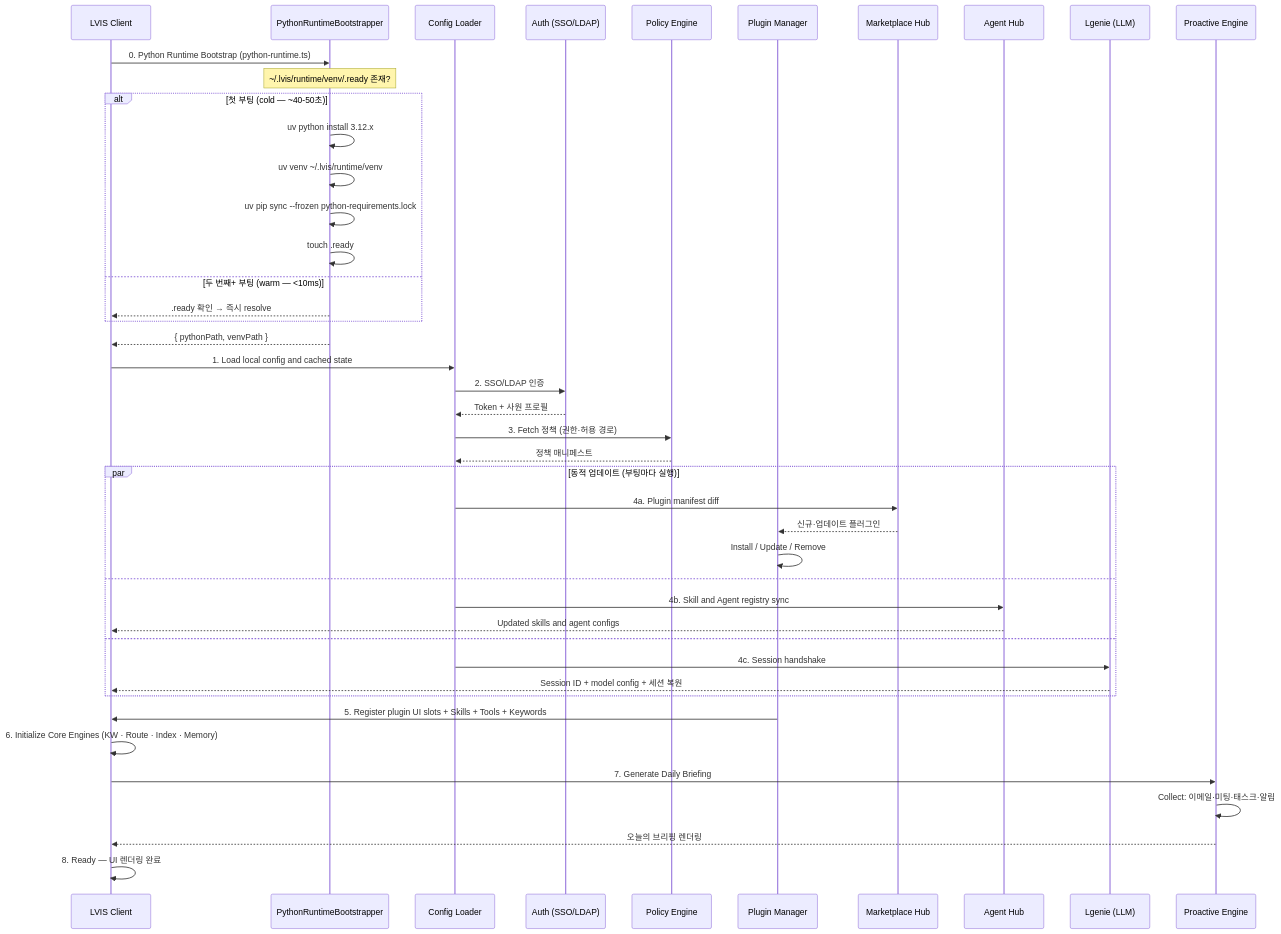
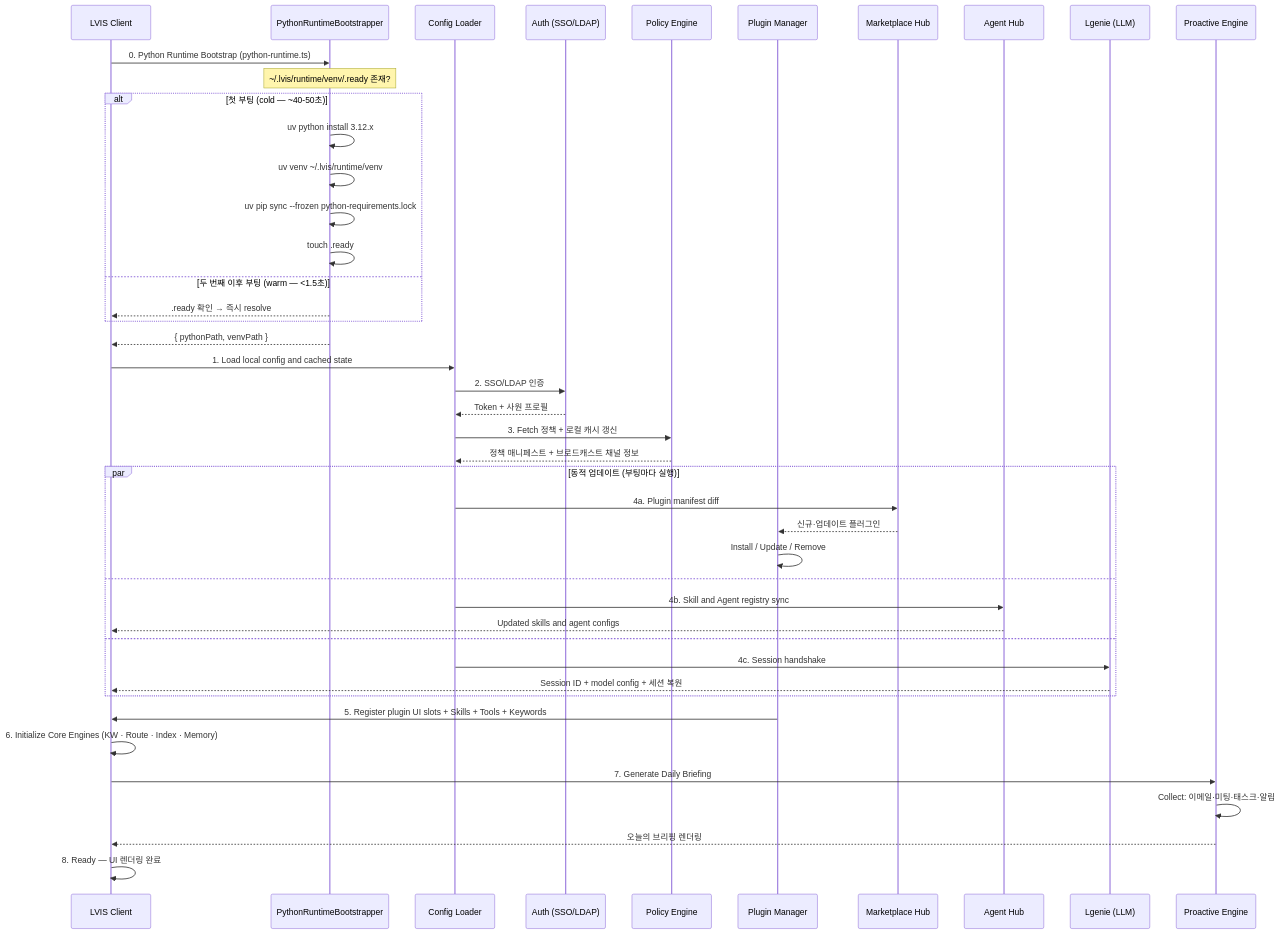
The sixth of 44 diagrams in docs/architecture/architecture.md (lvis-project/lvis-app), drawn with Mermaid before and after one commit. The commit also changed other lines of this file and 10 other files, not shown here.

````diff
--- a/docs/architecture/architecture.md
+++ b/docs/architecture/architecture.md
@@ -378,52 +379,52 @@
 ```mermaid
 sequenceDiagram
     participant App as LVIS Client
     participant PythonRT as PythonRuntimeBootstrapper
     participant Config as Config Loader
     participant Auth as Auth (SSO/LDAP)
     participant Policy as Policy Engine
     participant PluginMgr as Plugin Manager
     participant Market as Marketplace Hub
     participant AgentHub as Agent Hub
     participant Lgenie as Lgenie (LLM)
     participant Proactive as Proactive Engine
 
     App->>PythonRT: 0. Python Runtime Bootstrap (python-runtime.ts)
     Note over PythonRT: ~/.lvis/runtime/venv/.ready 존재?
     alt 첫 부팅 (cold — ~40-50초)
         PythonRT->>PythonRT: uv python install 3.12.x
         PythonRT->>PythonRT: uv venv ~/.lvis/runtime/venv
         PythonRT->>PythonRT: uv pip sync --frozen python-requirements.lock
         PythonRT->>PythonRT: touch .ready
-    else 두 번째+ 부팅 (warm — <10ms)
+    else 두 번째 이후 부팅 (warm — <1.5초)
         PythonRT-->>App: .ready 확인 → 즉시 resolve
     end
     PythonRT-->>App: { pythonPath, venvPath }
 
     App->>Config: 1. Load local config and cached state
     Config->>Auth: 2. SSO/LDAP 인증
     Auth-->>Config: Token + 사원 프로필
-    Config->>Policy: 3. Fetch 정책 (권한·허용 경로)
-    Policy-->>Config: 정책 매니페스트
+    Config->>Policy: 3. Fetch 정책 + 로컬 캐시 갱신
+    Policy-->>Config: 정책 매니페스트 + 브로드캐스트 채널 정보
 
     par 동적 업데이트 (부팅마다 실행)
         Config->>Market: 4a. Plugin manifest diff
         Market-->>PluginMgr: 신규·업데이트 플러그인
         PluginMgr->>PluginMgr: Install / Update / Remove
     and
         Config->>AgentHub: 4b. Skill and Agent registry sync
         AgentHub-->>App: Updated skills and agent configs
     and
         Config->>Lgenie: 4c. Session handshake
         Lgenie-->>App: Session ID + model config + 세션 복원
     end
 
     PluginMgr->>App: 5. Register plugin UI slots + Skills + Tools + Keywords
     App->>App: 6. Initialize Core Engines (KW · Route · Index · Memory)
 
     App->>Proactive: 7. Generate Daily Briefing
     Proactive->>Proactive: Collect: 이메일·미팅·태스크·알림
     Proactive-->>App: 오늘의 브리핑 렌더링
 
     App->>App: 8. Ready — UI 렌더링 완료
 ```
````
